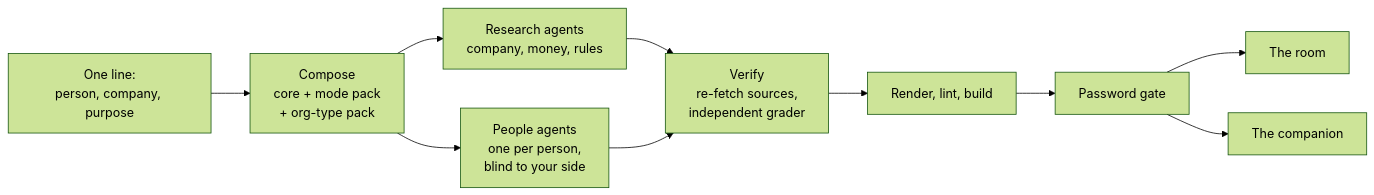
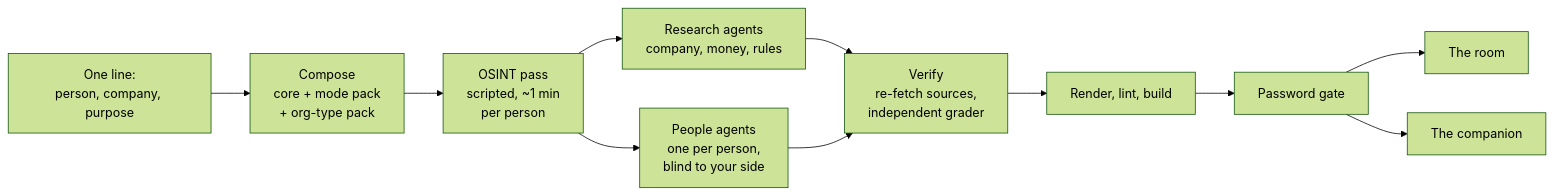
Before and after one commit to anader298/diligence-rooms: the diagram in README.md, drawn with Mermaid (forest theme). The commit also changed other lines of this file and 5 other files, not shown here.

````diff
--- a/README.md
+++ b/README.md
@@ -59,12 +63,13 @@
 ```mermaid
 flowchart LR
     I[One line:<br/>person, company, purpose] --> C[Compose<br/>core + mode pack<br/>+ org-type pack]
-    C --> R[Research agents<br/>company, money, rules]
-    C --> P[People agents<br/>one per person,<br/>blind to your side]
+    C --> O[OSINT pass<br/>scripted, ~1 min<br/>per person]
+    O --> R[Research agents<br/>company, money, rules]
+    O --> P[People agents<br/>one per person,<br/>blind to your side]
     R --> V[Verify<br/>re-fetch sources,<br/>independent grader]
     P --> V
     V --> B[Render, lint, build]
     B --> G[Password gate]
     G --> RM[The room]
     G --> CP[The companion]
 ```
````
